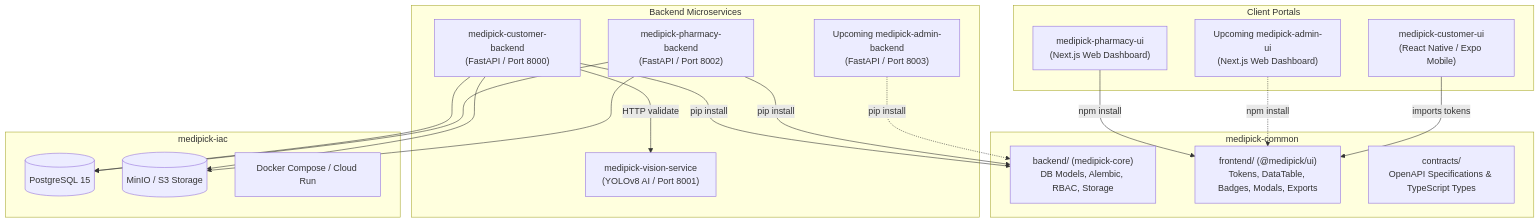
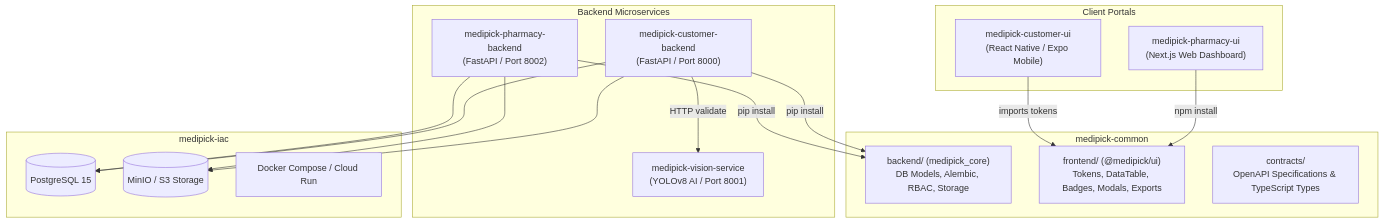
One commit to MediPick/medipick-common changed the diagram in docs/ARCHITECTURE.md. Above: the diagram before and after it, drawn with Mermaid. The commit also changed other lines of this file and 8 other files, not shown here.

````diff
--- a/docs/ARCHITECTURE.md
+++ b/docs/ARCHITECTURE.md
@@ -9,42 +9,38 @@
 ```mermaid
 graph TD
     subgraph Shared Common Layer [medipick-common]
-        BACKEND_CORE["backend/ (medipick-core)<br/>DB Models, Alembic, RBAC, Storage"]
+        BACKEND_CORE["backend/ (medipick_core)<br/>DB Models, Alembic, RBAC, Storage"]
         FRONTEND_UI["frontend/ (@medipick/ui)<br/>Tokens, DataTable, Badges, Modals, Exports"]
         CONTRACTS["contracts/<br/>OpenAPI Specifications & TypeScript Types"]
     end
 
     subgraph Client Portals
         CUI["medipick-customer-ui<br/>(React Native / Expo Mobile)"]
         PUI["medipick-pharmacy-ui<br/>(Next.js Web Dashboard)"]
-        AUI["Upcoming medipick-admin-ui<br/>(Next.js Web Dashboard)"]
     end
 
     subgraph Backend Microservices
         CB["medipick-customer-backend<br/>(FastAPI / Port 8000)"]
         PB["medipick-pharmacy-backend<br/>(FastAPI / Port 8002)"]
         VS["medipick-vision-service<br/>(YOLOv8 AI / Port 8001)"]
-        AB["Upcoming medipick-admin-backend<br/>(FastAPI / Port 8003)"]
     end
 
     subgraph Infrastructure [medipick-iac]
         PG[(PostgreSQL 15)]
         MINIO[(MinIO / S3 Storage)]
         DOCKER[Docker Compose / Cloud Run]
     end
 
     %% Dependencies
     CB -->|pip install| BACKEND_CORE
     PB -->|pip install| BACKEND_CORE
-    AB -.->|pip install| BACKEND_CORE
 
     PUI -->|npm install| FRONTEND_UI
-    AUI -.->|npm install| FRONTEND_UI
     CUI -->|imports tokens| FRONTEND_UI
 
     CB --> PG
     PB --> PG
     CB --> MINIO
     PB --> MINIO
     CB -->|HTTP validate| VS
 ```
````
